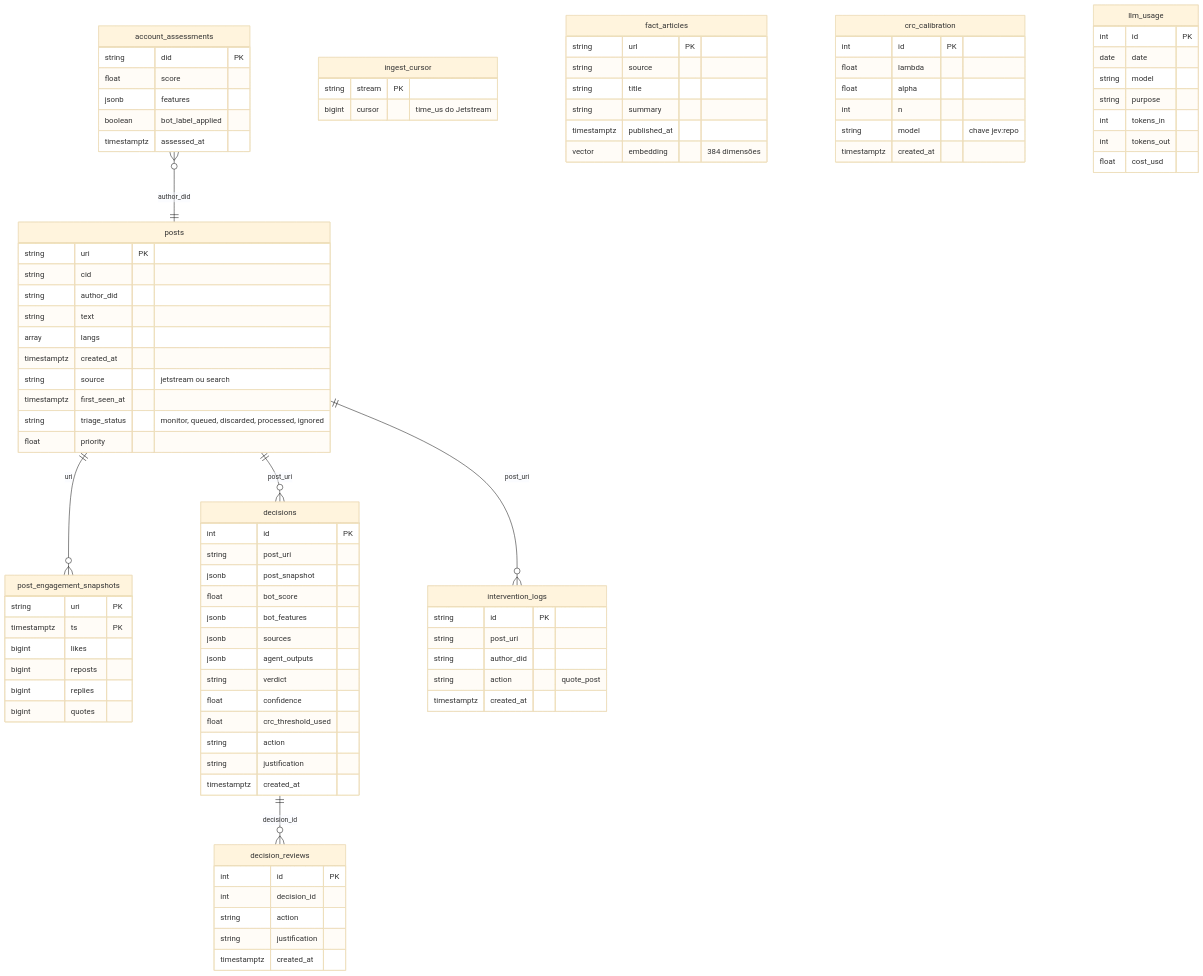
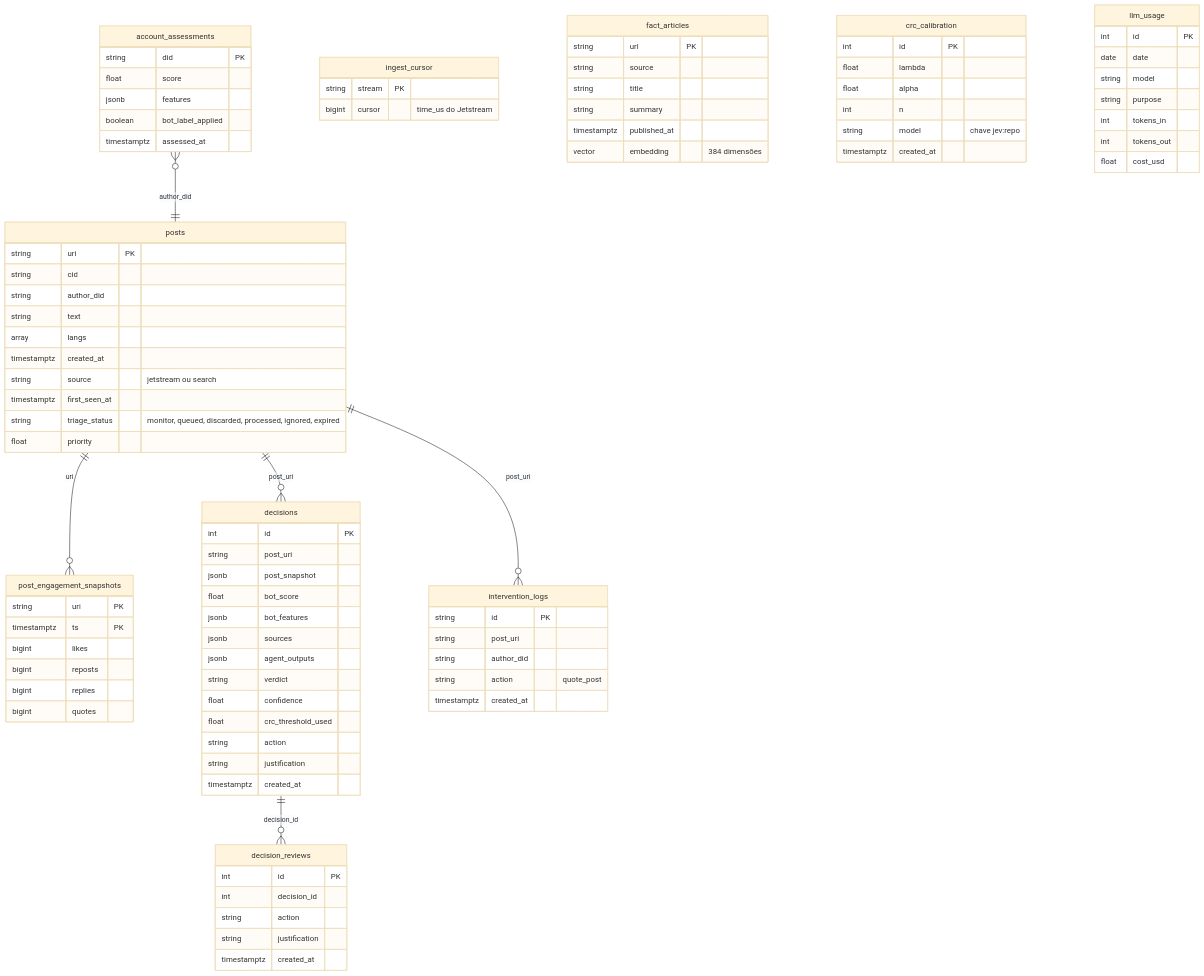
One commit to moonshinerd/ContrarIA changed the first of 3 diagrams in docs/arquitetura/dados-e-infra.md. Above: the diagram before and after it, drawn with Mermaid (base theme). The commit also changed other lines of this file and 15 other files, not shown here.

```diff
--- a/docs/arquitetura/dados-e-infra.md
+++ b/docs/arquitetura/dados-e-infra.md
@@ -22,7 +22,7 @@
         timestamptz created_at
         string source "jetstream ou search"
         timestamptz first_seen_at
-        string triage_status "monitor, queued, discarded, processed, ignored"
+        string triage_status "monitor, queued, discarded, processed, ignored, expired"
         float priority
     }
     post_engagement_snapshots {
```
